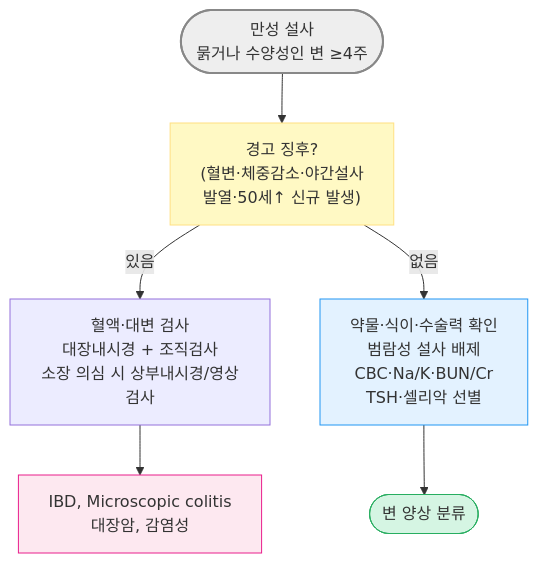
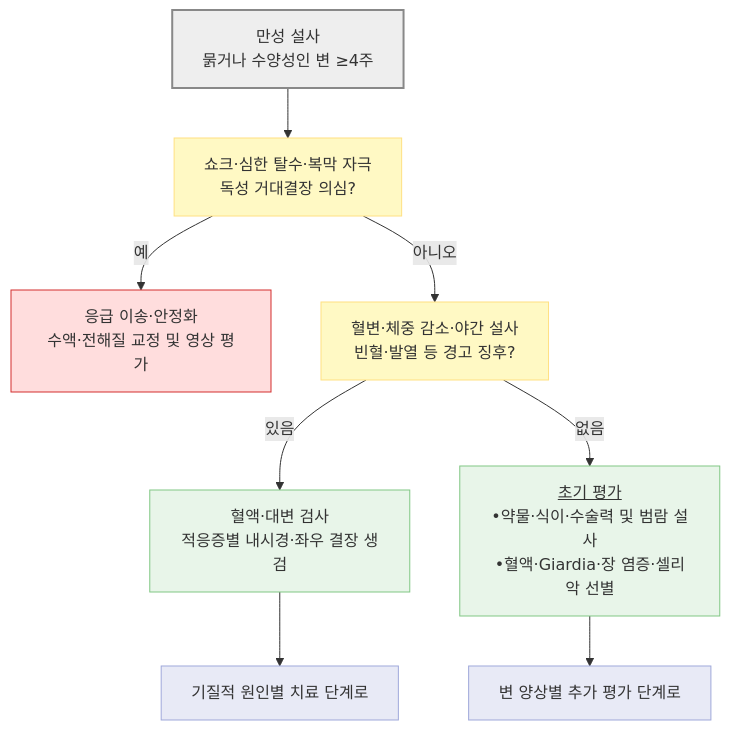
The first of 2 diagrams in 224_/084_-chronic-diarrhea.md (familyoh77/familyoh77), drawn with Mermaid before and after one commit. The commit also changed other lines of this file and 4 other files, not shown here.

````diff
--- a/224_/084_-chronic-diarrhea.md
+++ b/224_/084_-chronic-diarrhea.md
@@ -197,16 +197,21 @@
 ```mermaid
-graph TD
-    Start(["만성 설사<br/>묽거나 수양성인 변 ≥4주"])
-    Start --> RF["경고 징후?<br/>(혈변·체중감소·야간설사<br/>발열·50세↑ 신규 발생)"]
-    RF -- "있음" --> Scope["혈액·대변 검사<br/>대장내시경 + 조직검사<br/>소장 의심 시 상부내시경/영상검사"]
-    RF -- "없음" --> Initial["약물·식이·수술력 확인<br/>범람성 설사 배제<br/>CBC·Na/K·BUN/Cr<br/>TSH·셀리악 선별"]
-    Initial --> Phenotype(["변 양상 분류"])
-    Scope --> OrgDx["IBD, Microscopic colitis<br/>대장암, 감염성"]
-
-style Start fill:#eeeeee,stroke:#888888,stroke-width:2px
-style RF fill:#fff9c4,stroke:#ffe082
-style Initial fill:#e3f2ff,stroke:#2196f3
-style OrgDx fill:#fde8f0,stroke:#e91e8c
-style Phenotype fill:#d5f5e3,stroke:#27ae60
-
+flowchart TD
+    A["만성 설사<br/>묽거나 수양성인 변 ≥4주"] --> E["쇼크·심한 탈수·복막 자극<br/>독성 거대결장 의심?"]
+    E -- "예" --> U["응급 이송·안정화<br/>수액·전해질 교정 및 영상 평가"]
+    E -- "아니오" --> R["혈변·체중 감소·야간 설사<br/>빈혈·발열 등 경고 징후?"]
+    R -- "있음" --> S["혈액·대변 검사<br/>적응증별 내시경·좌우 결장 생검"]
+    R -- "없음" --> I["<u>초기 평가</u><br/>•약물·식이·수술력 및 범람 설사<br/>•혈액·Giardia·장 염증·셀리악 선별"]
+    S --> D["기질적 원인별 치료 단계로"]
+    I --> P["변 양상별 추가 평가 단계로"]
+    classDef neutral fill:#eeeeee,stroke:#888888,stroke-width:2px
+    classDef question fill:#fff9c4,stroke:#ffe082
+    classDef test fill:#e8f5e9,stroke:#81c784
+    classDef treatment fill:#e3f2ff,stroke:#2196f3
+    classDef emergency fill:#ffdddd,stroke:#d32f2f
+    classDef next fill:#e8eaf6,stroke:#9fa8da
+    class A neutral
+    class E,R question
+    class U emergency
+    class S,I test
+    class D,P next
 ```
````
